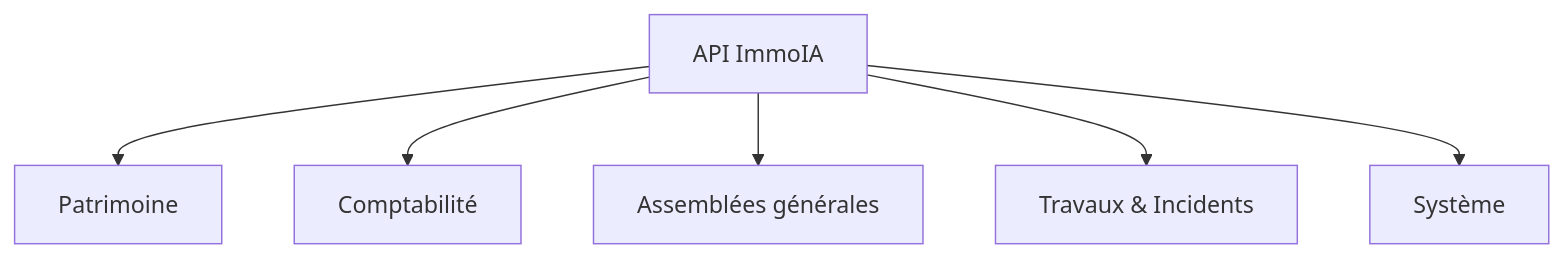
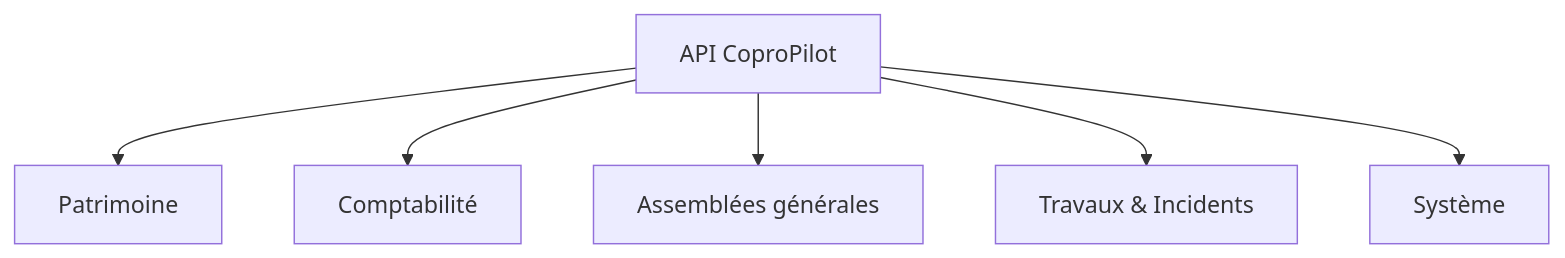
The diagram in docs/api.md (Wifsimster/copro-pilot), drawn with Mermaid before and after one commit. The commit also changed other lines of this file and 43 other files, not shown here.

First line of the commit message:
feat: rebrand ImmoIA to CoproPilot and enhance UI with mutation updates

````diff
--- a/docs/api.md
+++ b/docs/api.md
@@ -7,8 +7,8 @@
 ```mermaid
 graph TD
-    A[API ImmoIA] --> B[Patrimoine]
+    A[API CoproPilot] --> B[Patrimoine]
     A --> C[Comptabilité]
     A --> D[Assemblées générales]
     A --> E[Travaux & Incidents]
     A --> F[Système]
 ```
````
